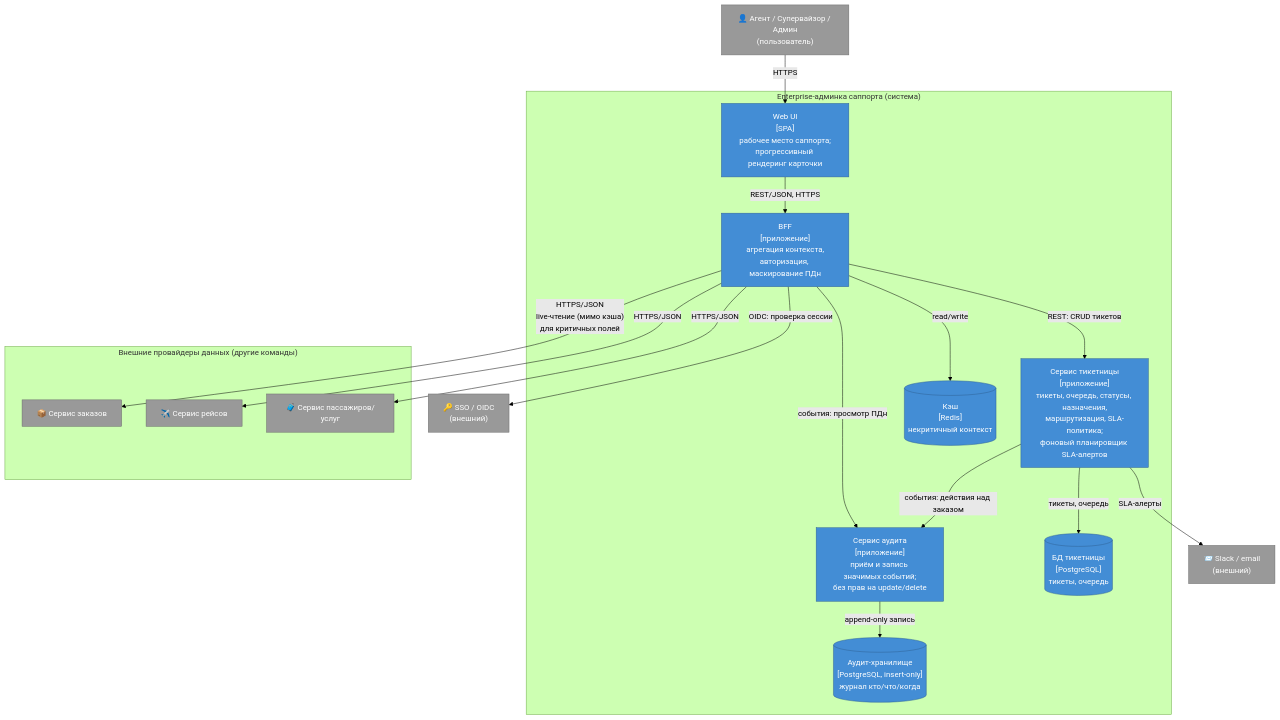
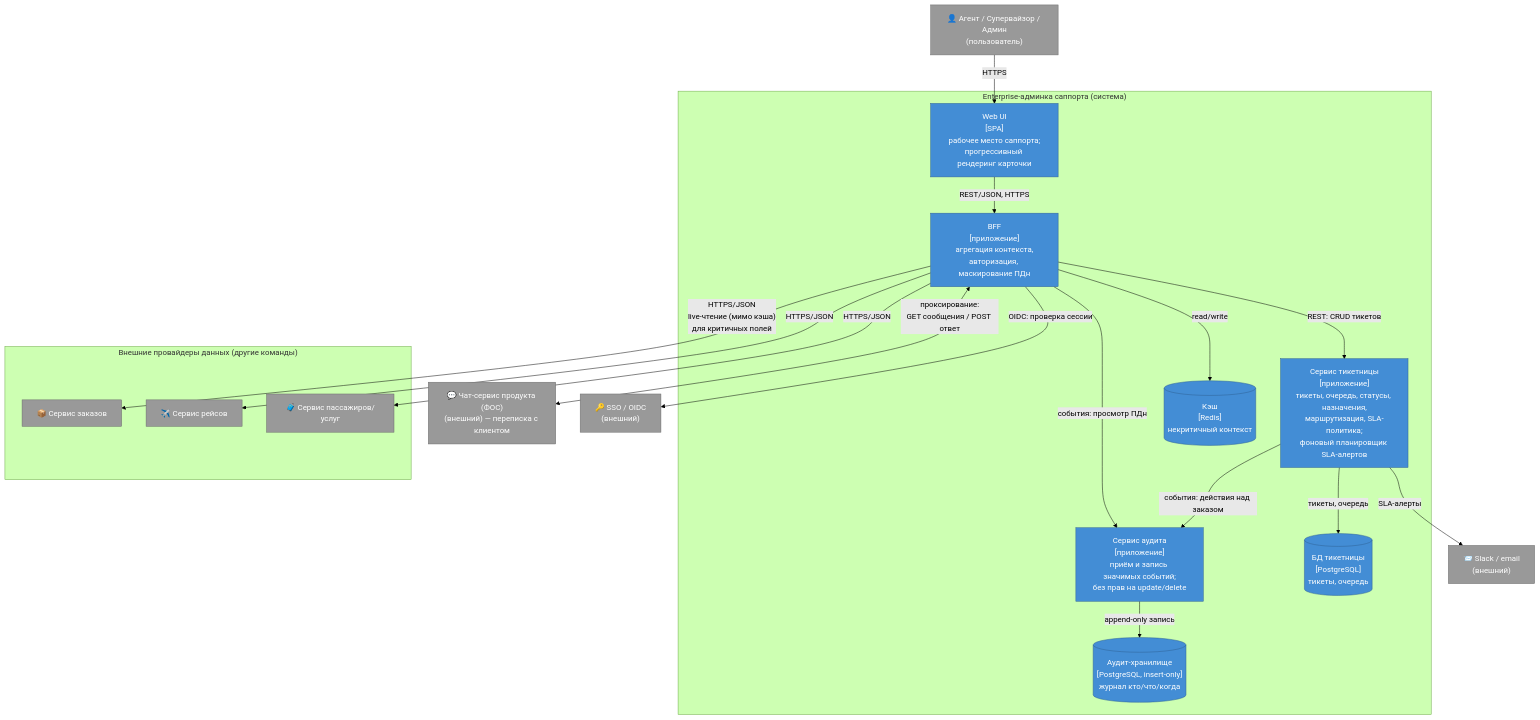
Before and after one commit to lionlimon/otus_lessons: the diagram in docs/c4-container.md, drawn with Mermaid (forest theme). The commit also changed other lines of this file and 3 other files, not shown here.

````diff
--- a/docs/c4-container.md
+++ b/docs/c4-container.md
@@ -9,45 +9,47 @@
 ```mermaid
 flowchart TB
     agent["👤 Агент / Супервайзор / Админ<br/>(пользователь)"]
 
     subgraph system["Enterprise-админка саппорта (система)"]
         ui["Web UI<br/>[SPA]<br/>рабочее место саппорта;<br/>прогрессивный рендеринг карточки"]
         bff["BFF<br/>[приложение]<br/>агрегация контекста,<br/>авторизация, маскирование ПДн"]
         core["Сервис тикетницы<br/>[приложение]<br/>тикеты, очередь, статусы, назначения,<br/>маршрутизация, SLA-политика;<br/>фоновый планировщик SLA-алертов"]
         audit["Сервис аудита<br/>[приложение]<br/>приём и запись значимых событий;<br/>без прав на update/delete"]
 
         ticketdb[("БД тикетницы<br/>[PostgreSQL]<br/>тикеты, очередь")]
         auditdb[("Аудит-хранилище<br/>[PostgreSQL, insert-only]<br/>журнал кто/что/когда")]
         cache[("Кэш<br/>[Redis]<br/>некритичный контекст")]
     end
 
     subgraph providers["Внешние провайдеры данных (другие команды)"]
         orders["📦 Сервис заказов"]
         flights["✈️ Сервис рейсов"]
         pax["🧳 Сервис пассажиров/услуг"]
     end
 
+    chat["💬 Чат-сервис продукта (ФОС)<br/>(внешний) — переписка с клиентом"]
     idp["🔑 SSO / OIDC<br/>(внешний)"]
     notify["📨 Slack / email<br/>(внешний)"]
 
     agent -->|"HTTPS"| ui
     ui -->|"REST/JSON, HTTPS"| bff
 
     bff -->|"REST: CRUD тикетов"| core
     bff -->|"read/write"| cache
+    bff <-->|"проксирование:<br/>GET сообщения / POST ответ"| chat
     bff -->|"HTTPS/JSON<br/>live-чтение (мимо кэша)<br/>для критичных полей"| orders
     bff -->|"HTTPS/JSON"| flights
     bff -->|"HTTPS/JSON"| pax
     bff -->|"OIDC: проверка сессии"| idp
     bff -->|"события: просмотр ПДн"| audit
 
     core -->|"тикеты, очередь"| ticketdb
     core -->|"события: действия над заказом"| audit
     core -->|"SLA-алерты"| notify
     audit -->|"append-only запись"| auditdb
 
     classDef container fill:#438dd5,stroke:#2e6295,color:#ffffff;
     classDef external fill:#999999,stroke:#6b6b6b,color:#ffffff;
     class ui,bff,core,audit,ticketdb,auditdb,cache container;
-    class agent,orders,flights,pax,idp,notify external;
+    class agent,chat,orders,flights,pax,idp,notify external;
 ```
````
